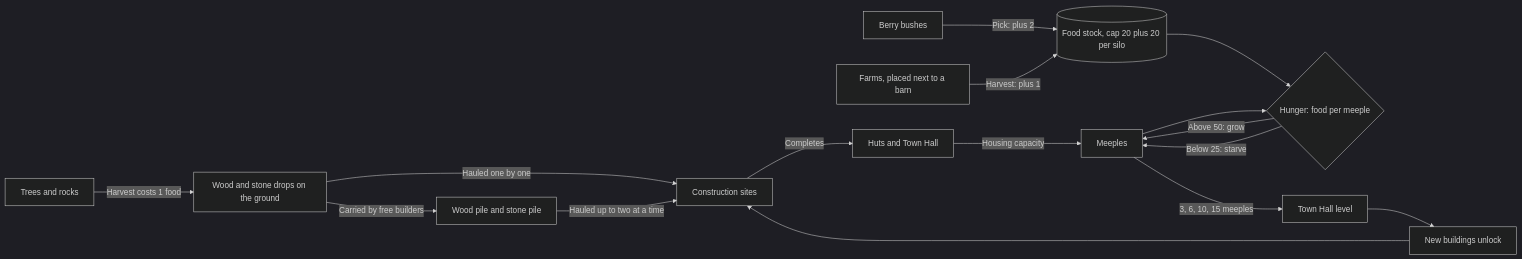
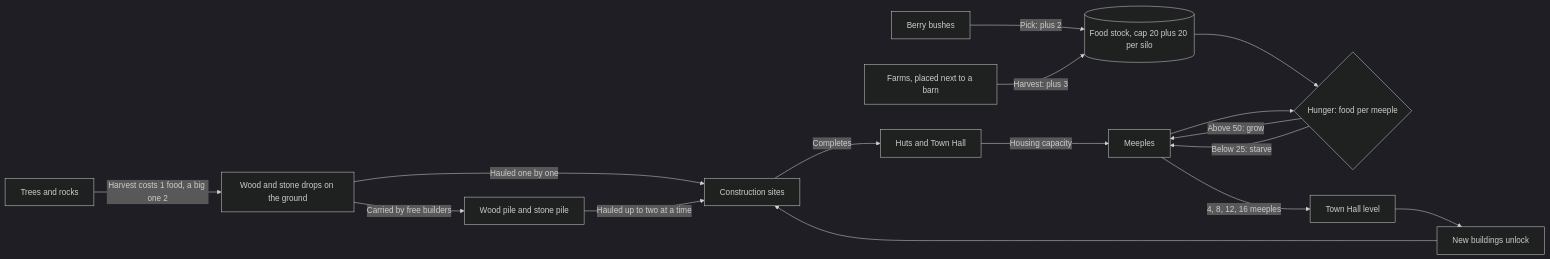
The second of 11 diagrams in docs/architecture.md (Liam-M-Mays/game-jam-2026), drawn with Mermaid (dark theme) before and after one commit. The commit also changed 16 other files, not shown here.

````diff
--- a/docs/architecture.md
+++ b/docs/architecture.md
@@ -100,31 +100,31 @@
 ```mermaid
 flowchart LR
     tree["Trees and rocks"]
     bush["Berry bushes"]
     farm["Farms, placed next to a barn"]
     drops["Wood and stone drops on the ground"]
     piles["Wood pile and stone pile"]
     site["Construction sites"]
     huts["Huts and Town Hall"]
     food[("Food stock, cap 20 plus 20 per silo")]
     hunger{"Hunger: food per meeple"}
     meeples["Meeples"]
     hall["Town Hall level"]
     unlocks["New buildings unlock"]
 
-    tree -->|"Harvest costs 1 food"| drops
+    tree -->|"Harvest costs 1 food, a big one 2"| drops
     drops -->|"Hauled one by one"| site
     drops -->|"Carried by free builders"| piles
     piles -->|"Hauled up to two at a time"| site
     site -->|"Completes"| huts
     bush -->|"Pick: plus 2"| food
-    farm -->|"Harvest: plus 1"| food
+    farm -->|"Harvest: plus 3"| food
     food --> hunger
     meeples --> hunger
     hunger -->|"Above 50: grow"| meeples
     hunger -->|"Below 25: starve"| meeples
     huts -->|"Housing capacity"| meeples
-    meeples -->|"3, 6, 10, 15 meeples"| hall
+    meeples -->|"4, 8, 12, 16 meeples"| hall
     hall --> unlocks
     unlocks --> site
 ```
````
